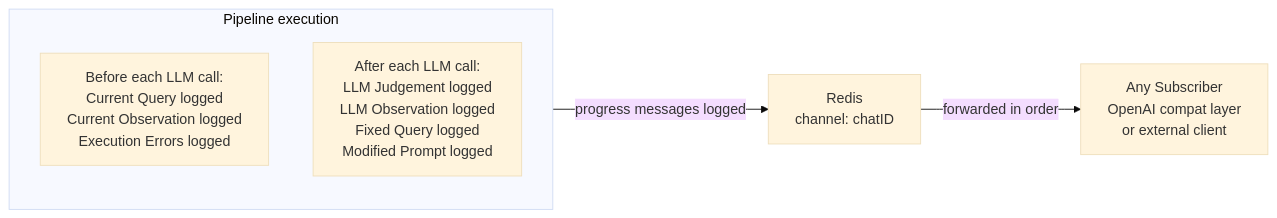
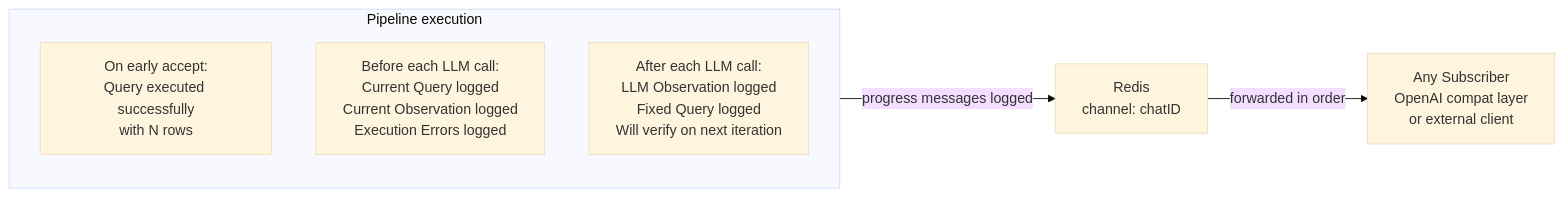
The sixth of 8 diagrams in sqlQueryEngine/README.md (codeadeel/sqlqueryengine), drawn with Mermaid (base theme) before and after one commit. The commit also changed other lines of this file and 25 other files, not shown here.

````diff
--- a/sqlQueryEngine/README.md
+++ b/sqlQueryEngine/README.md
@@ -309,14 +324,15 @@
 ```mermaid
 flowchart LR
     subgraph Pipeline["Pipeline execution"]
         direction TB
+        P0["On early accept:<br/>Query executed successfully<br/>with N rows"]
         P1["Before each LLM call:<br/>Current Query logged<br/>Current Observation logged<br/>Execution Errors logged"]
-        P2["After each LLM call:<br/>LLM Judgement logged<br/>LLM Observation logged<br/>Fixed Query logged<br/>Modified Prompt logged"]
+        P2["After each LLM call:<br/>LLM Observation logged<br/>Fixed Query logged<br/>Will verify on next iteration"]
     end
 
     Redis["Redis<br/>channel: chatID"]
     Subscriber["Any Subscriber<br/>OpenAI compat layer<br/>or external client"]
 
     Pipeline -->|"progress messages logged"| Redis
     Redis -->|"forwarded in order"| Subscriber
 ```
````
